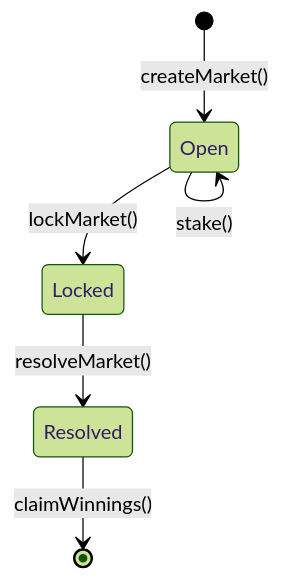
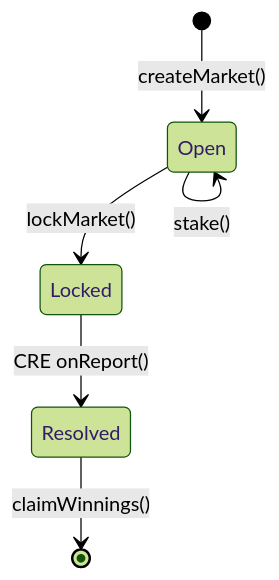
One commit to yeheskieltame/TedongSilaga changed the second of 2 diagrams in README.md. Above: the diagram before and after it, drawn with Mermaid (forest theme). The commit also changed other lines of this file and 3 other files, not shown here.

````diff
--- a/README.md
+++ b/README.md
@@ -76,8 +92,8 @@
 ```mermaid
 stateDiagram-v2
     [*] --> Open: createMarket()
     Open --> Open: stake()
     Open --> Locked: lockMarket()
-    Locked --> Resolved: resolveMarket()
+    Locked --> Resolved: CRE onReport()
     Resolved --> [*]: claimWinnings()
 ```
````
